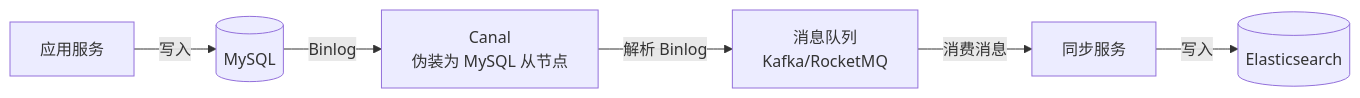
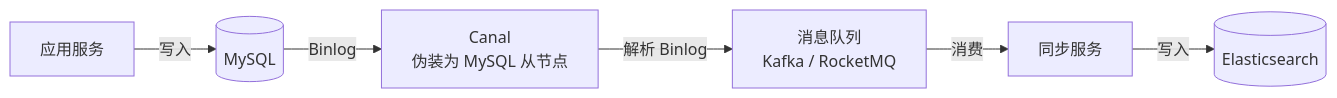
Before and after one commit to b1tzer/the-stack: the first of 4 diagrams in docs/elasticsearch/05-distributed-internals/chapter-07-data-consistency.md, drawn with Mermaid. The commit also changed other lines of this file and 467 other files, not shown here.

````diff
--- a/docs/elasticsearch/05-distributed-internals/chapter-07-data-consistency.md
+++ b/docs/elasticsearch/05-distributed-internals/chapter-07-data-consistency.md
@@ -167,8 +62,8 @@
 ```mermaid
 flowchart LR
-    App[应用服务] -->|写入| MySQL[(MySQL)]
-    MySQL -->|Binlog| Canal[Canal<br>伪装为 MySQL 从节点]
-    Canal -->|解析 Binlog| MQ[消息队列<br>Kafka/RocketMQ]
-    MQ -->|消费消息| Sync[同步服务]
-    Sync -->|写入| ES[(Elasticsearch)]
+    App["应用服务"] -->|"写入"| MySQL[("MySQL")]
+    MySQL -->|"Binlog"| Canal["Canal<br>伪装为 MySQL 从节点"]
+    Canal -->|"解析 Binlog"| MQ["消息队列<br>Kafka / RocketMQ"]
+    MQ -->|"消费"| Sync["同步服务"]
+    Sync -->|"写入"| ES[("Elasticsearch")]
 ```
````
